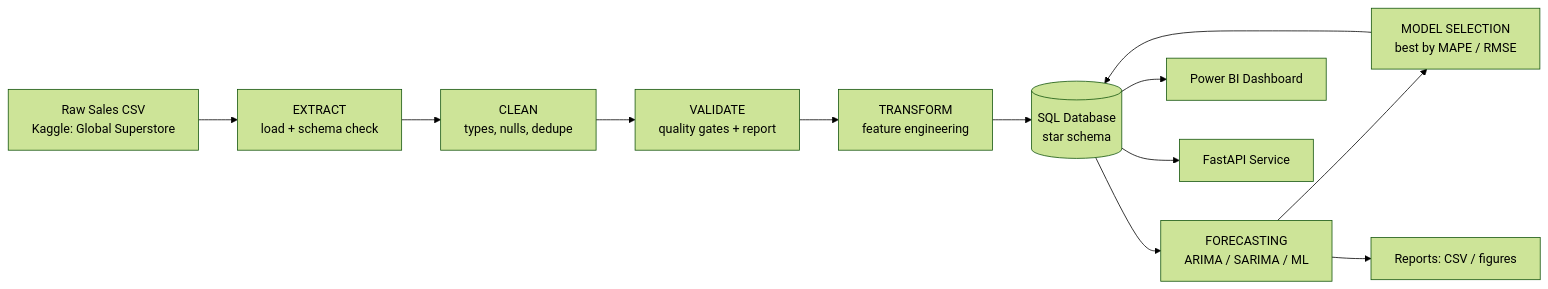
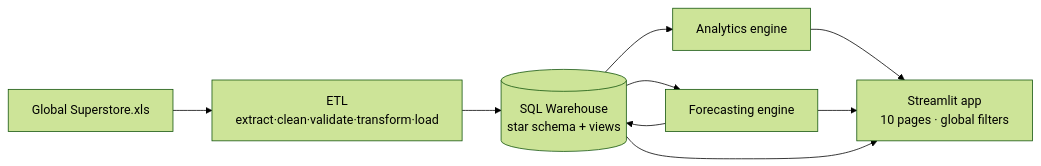
Before and after one commit to vinayakarya02/ForecastIQ: the diagram in README.md, drawn with Mermaid (forest theme). The commit also changed other lines of this file and 88 other files, not shown here.

````diff
--- a/README.md
+++ b/README.md
@@ -55,14 +65,11 @@
 ```mermaid
 flowchart LR
-    A[Raw Sales CSV<br/>Kaggle: Global Superstore] --> B[EXTRACT<br/>load + schema check]
-    B --> C[CLEAN<br/>types, nulls, dedupe]
-    C --> D[VALIDATE<br/>quality gates + report]
-    D --> E[TRANSFORM<br/>feature engineering]
-    E --> F[(SQL Database<br/>star schema)]
-    F --> G[FORECASTING<br/>ARIMA / SARIMA / ML]
-    G --> H[MODEL SELECTION<br/>best by MAPE / RMSE]
-    H --> F
-    F --> I[Power BI Dashboard]
-    F --> J[FastAPI Service]
-    G --> K[Reports: CSV / figures]
+    RAW[Global Superstore.xls] --> ETL[ETL<br/>extract·clean·validate·transform·load]
+    ETL --> DB[(SQL Warehouse<br/>star schema + views)]
+    DB --> AN[Analytics engine]
+    DB --> FC[Forecasting engine]
+    FC --> DB
+    AN --> APP[Streamlit app<br/>10 pages · global filters]
+    FC --> APP
+    DB --> APP
 ```
````
